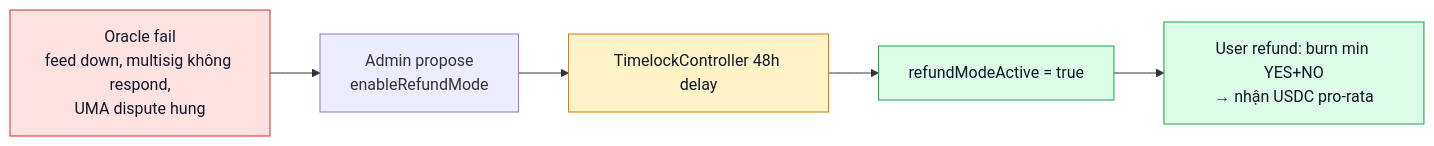
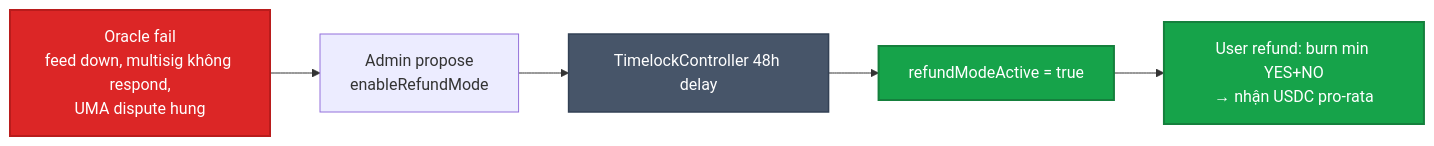
Before and after one commit to PrediX-Protocol/predix-docs: the fifth of 5 diagrams in vi_v6/khai-niem/resolution.md, drawn with Mermaid. The commit also changed other lines of this file and 32 other files, not shown here.

First line of the commit message:
docs(vi_v6): redesign Mermaid theme — solid mid-tone palette + dark theme

````diff
--- a/vi_v6/khai-niem/resolution.md
+++ b/vi_v6/khai-niem/resolution.md
@@ -143,15 +143,15 @@
 ```mermaid
 flowchart LR
     Fail[Oracle fail<br/>feed down, multisig không respond,<br/>UMA dispute hung]
     Fail --> Admin[Admin propose<br/>enableRefundMode]
     Admin --> Time[TimelockController 48h delay]
     Time --> Active[refundModeActive = true]
     Active --> User[User refund: burn min YES+NO<br/>→ nhận USDC pro-rata]
 
-    classDef warn fill:#fee2e2,stroke:#dc2626,color:#0f172a
-    classDef wait fill:#fef3c7,stroke:#d97706,color:#0f172a
-    classDef ok fill:#dcfce7,stroke:#16a34a,color:#0f172a
+    classDef warn fill:#dc2626,stroke:#b91c1c,color:#fff,stroke-width:2px
+    classDef wait fill:#475569,stroke:#334155,color:#fff,stroke-width:1.5px
+    classDef ok fill:#16a34a,stroke:#15803d,color:#fff,stroke-width:2px
     class Fail warn
     class Time wait
     class Active,User ok
 ```
````
